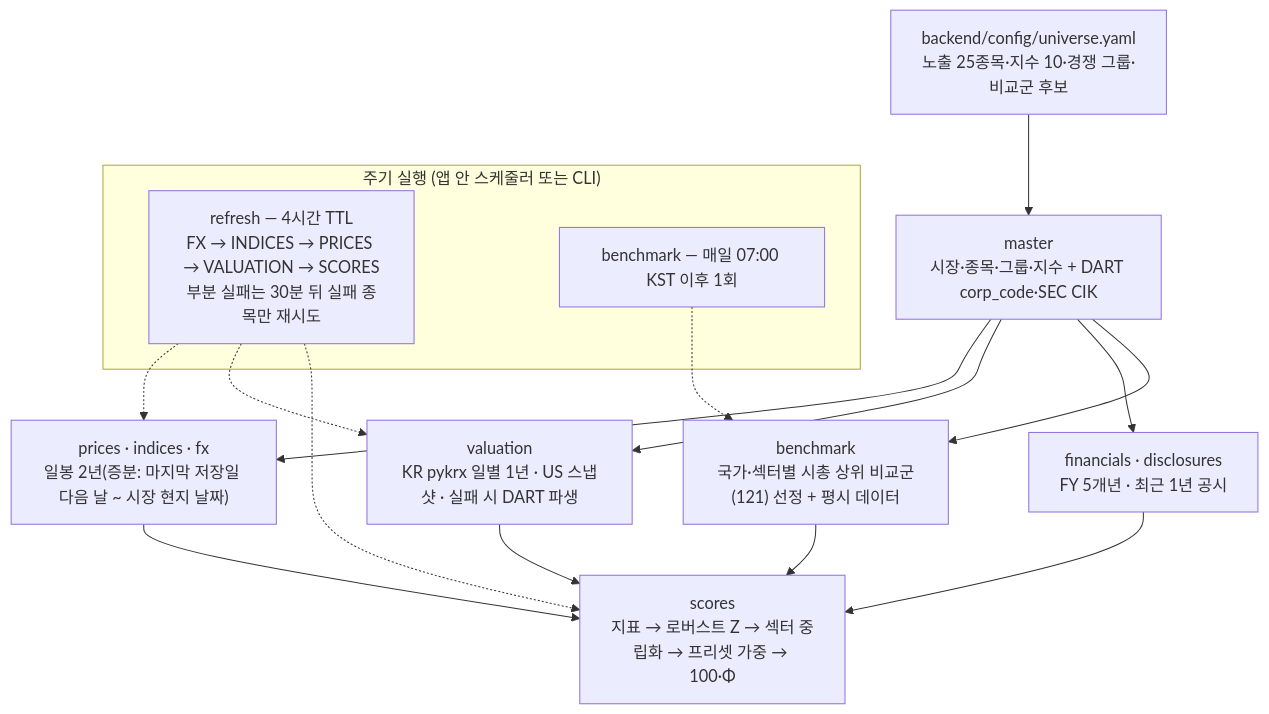
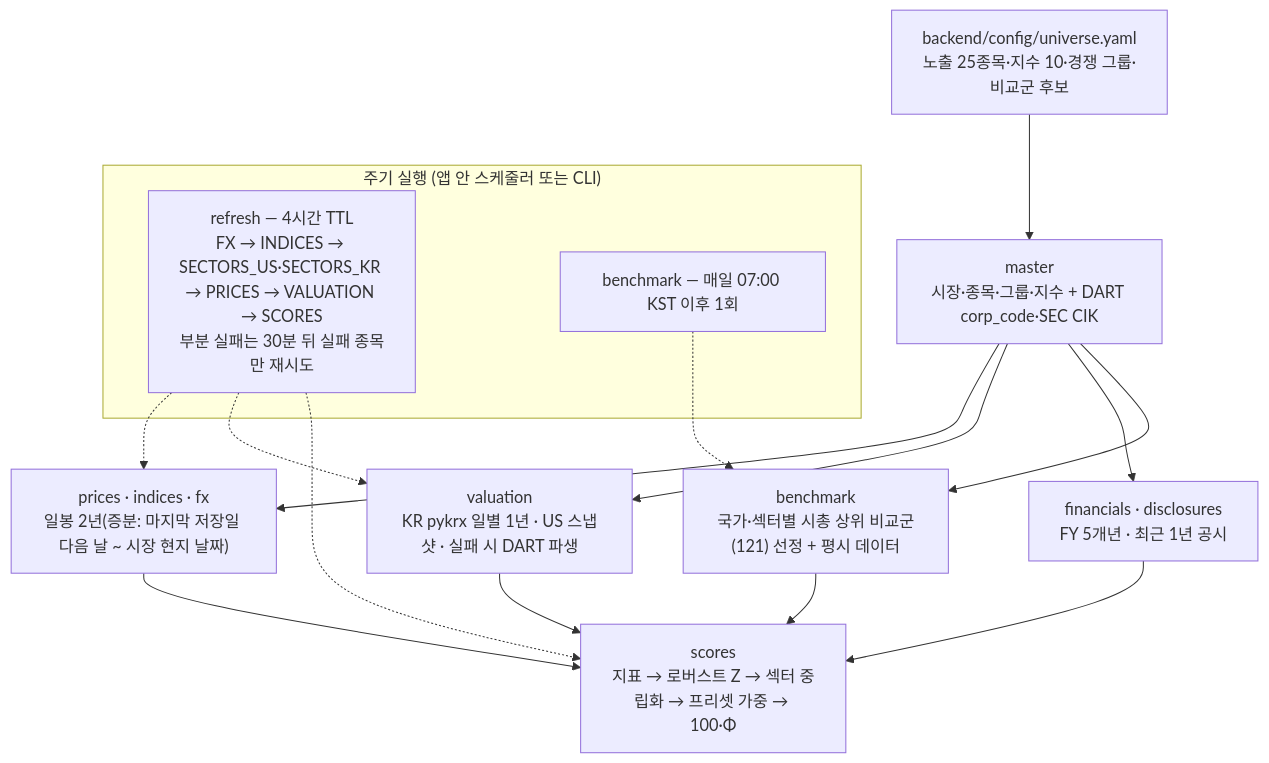
Before and after one commit to Hunseokc/ax_class_semiproject: the second of 3 diagrams in docs/architecture.md, drawn with Mermaid. The commit also changed other lines of this file and 14 other files, not shown here.

````diff
--- a/docs/architecture.md
+++ b/docs/architecture.md
@@ -52,16 +52,16 @@
 ```mermaid
 flowchart TD
   U["backend/config/universe.yaml<br/>노출 25종목·지수 10·경쟁 그룹·비교군 후보"] --> M["master<br/>시장·종목·그룹·지수 + DART corp_code·SEC CIK"]
   M --> P["prices · indices · fx<br/>일봉 2년(증분: 마지막 저장일 다음 날 ~ 시장 현지 날짜)"]
   M --> V["valuation<br/>KR pykrx 일별 1년 · US 스냅샷 · 실패 시 DART 파생"]
   M --> F["financials · disclosures<br/>FY 5개년 · 최근 1년 공시"]
   P & V & F --> S["scores<br/>지표 → 로버스트 Z → 섹터 중립화 → 프리셋 가중 → 100·Φ"]
   M --> B["benchmark<br/>국가·섹터별 시총 상위 비교군(121) 선정 + 평시 데이터"]
   B --> S
   subgraph RUN["주기 실행 (앱 안 스케줄러 또는 CLI)"]
-    RF["refresh — 4시간 TTL<br/>FX → INDICES → PRICES → VALUATION → SCORES<br/>부분 실패는 30분 뒤 실패 종목만 재시도"]
+    RF["refresh — 4시간 TTL<br/>FX → INDICES → SECTORS_US·SECTORS_KR → PRICES → VALUATION → SCORES<br/>부분 실패는 30분 뒤 실패 종목만 재시도"]
     BD["benchmark — 매일 07:00 KST 이후 1회"]
   end
   RF -.-> P & V & S
   BD -.-> B
 ```
````
